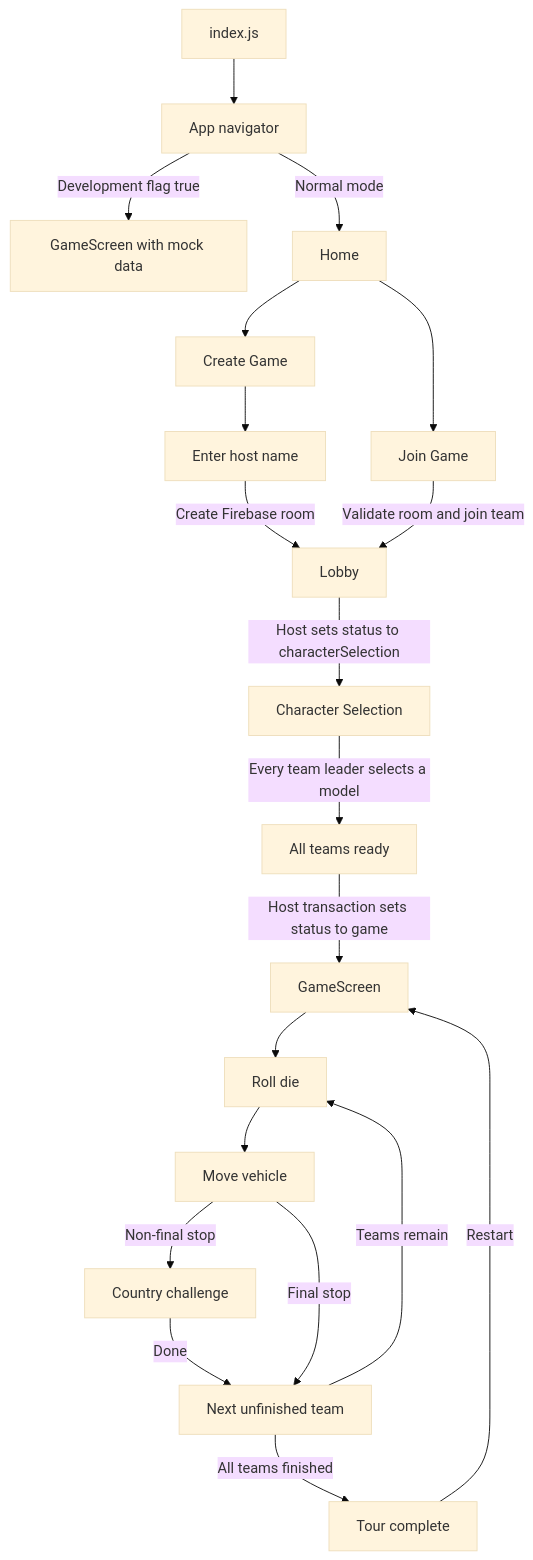
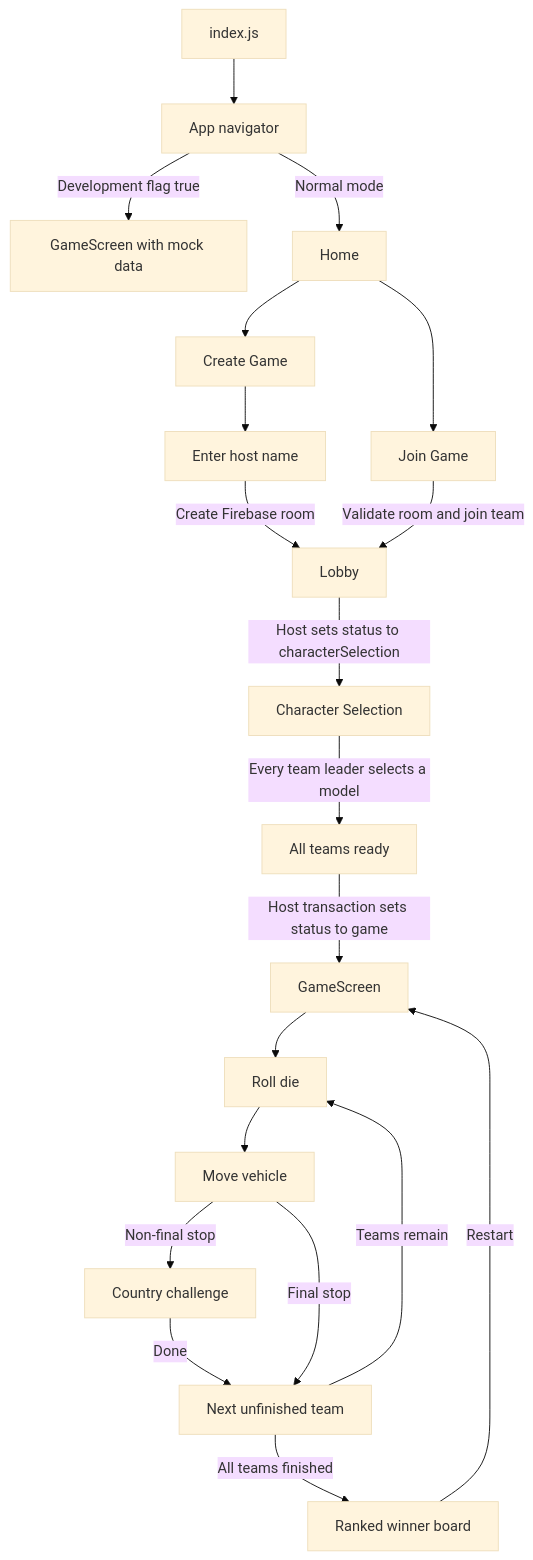
The first of 3 diagrams in GAME_ARCHITECTURE.md (TipsyTraveller/TipsyTraveller), drawn with Mermaid (base theme) before and after one commit. The commit also changed other lines of this file and 10 other files, not shown here.

````diff
--- a/GAME_ARCHITECTURE.md
+++ b/GAME_ARCHITECTURE.md
@@ -196,22 +199,22 @@
 ```mermaid
 flowchart TD
     Entry[index.js] --> App[App navigator]
     App -->|Development flag true| DevGame[GameScreen with mock data]
     App -->|Normal mode| Home[Home]
     Home --> Create[Create Game]
     Home --> Join[Join Game]
     Create --> HostName[Enter host name]
     HostName -->|Create Firebase room| Lobby[Lobby]
     Join -->|Validate room and join team| Lobby
     Lobby -->|Host sets status to characterSelection| Character[Character Selection]
     Character -->|Every team leader selects a model| Ready[All teams ready]
     Ready -->|Host transaction sets status to game| Game[GameScreen]
     Game --> Roll[Roll die]
     Roll --> Move[Move vehicle]
     Move -->|Non-final stop| Challenge[Country challenge]
     Challenge -->|Done| Next[Next unfinished team]
     Move -->|Final stop| Next
     Next -->|Teams remain| Roll
-    Next -->|All teams finished| Complete[Tour complete]
+    Next -->|All teams finished| Complete[Ranked winner board]
     Complete -->|Restart| Game
 ```
````
